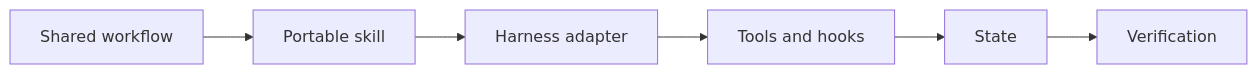
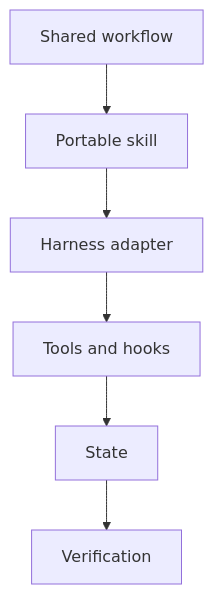
The diagram in README.md (J0UH/portable-agent-capabilities), drawn with Mermaid before and after one commit.

Commit message:
docs: build visual project portfolio

````diff
--- a/README.md
+++ b/README.md
@@ -26,14 +26,14 @@
 ```mermaid
-flowchart LR
+flowchart TD
     n0["Shared workflow"]
     n1["Portable skill"]
     n2["Harness adapter"]
     n3["Tools and hooks"]
     n4["State"]
     n5["Verification"]
     n0 --> n1
     n1 --> n2
     n2 --> n3
     n3 --> n4
     n4 --> n5
 ```
````
